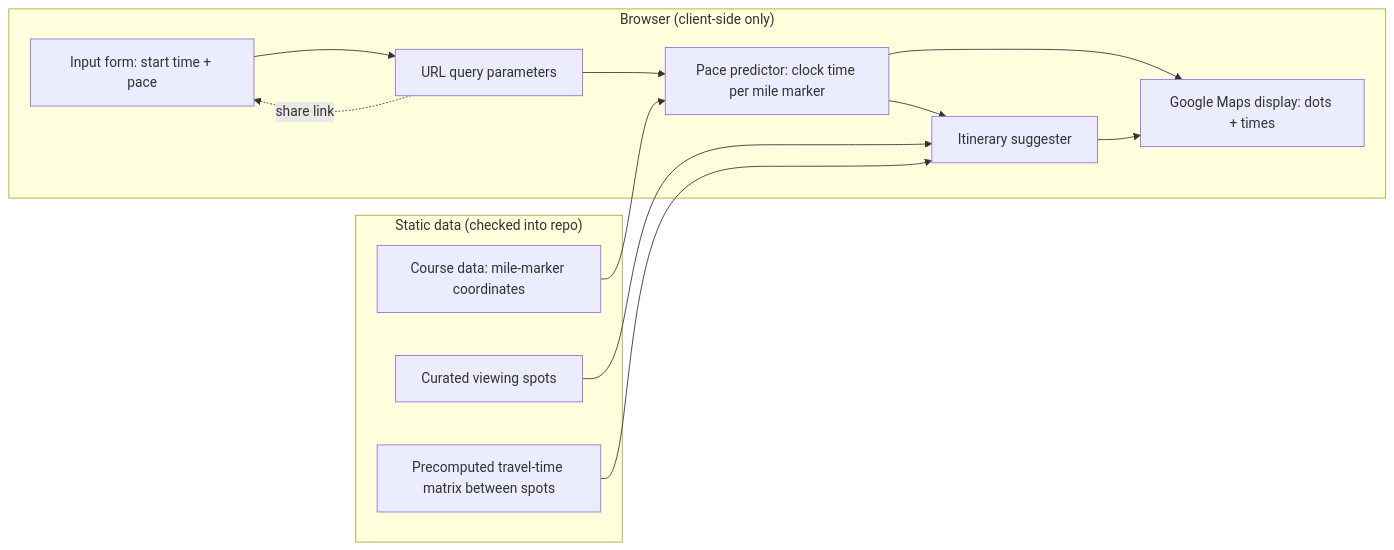
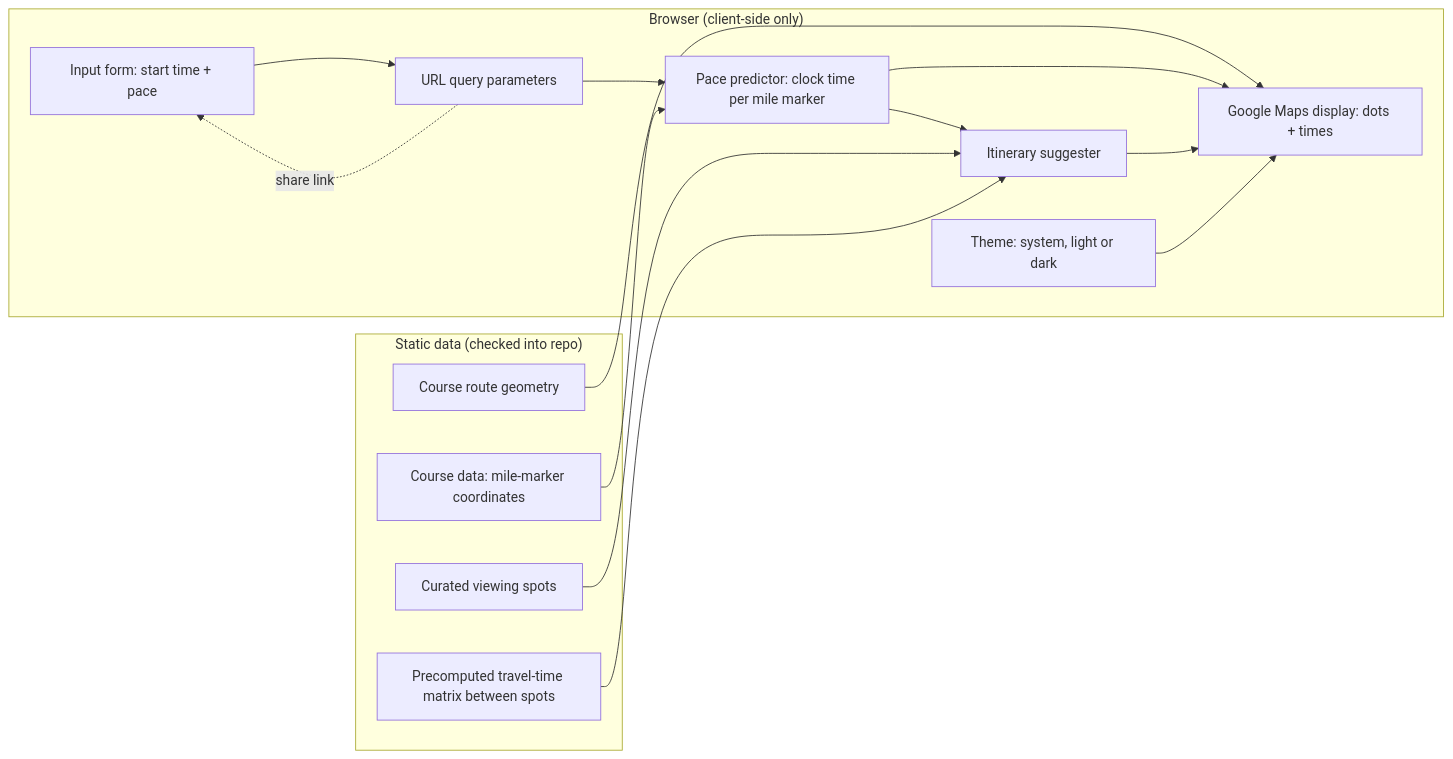
The diagram in docs/high-level-design.md (j0hnc0yne/chi-marathon-mapper), drawn with Mermaid before and after one commit. The commit also changed other lines of this file and 27 other files, not shown here.

````diff
--- a/docs/high-level-design.md
+++ b/docs/high-level-design.md
@@ -41,27 +43,31 @@
 ```mermaid
 flowchart LR
     subgraph static["Static data (checked into repo)"]
+        RG[Course route geometry]
         CD[Course data: mile-marker coordinates]
         VS[Curated viewing spots]
         TM[Precomputed travel-time matrix between spots]
     end
 
     subgraph browser["Browser (client-side only)"]
         IN[Input form: start time + pace]
         URLSTATE[URL query parameters]
         PRED[Pace predictor: clock time per mile marker]
         MAP[Google Maps display: dots + times]
         ITIN[Itinerary suggester]
+        THEME[Theme: system, light or dark]
 
         IN --> URLSTATE
         URLSTATE --> PRED
         CD --> PRED
+        RG --> MAP
         PRED --> MAP
         PRED --> ITIN
         VS --> ITIN
         TM --> ITIN
         ITIN --> MAP
+        THEME --> MAP
     end
 
     URLSTATE -. share link .-> IN
 ```
````
